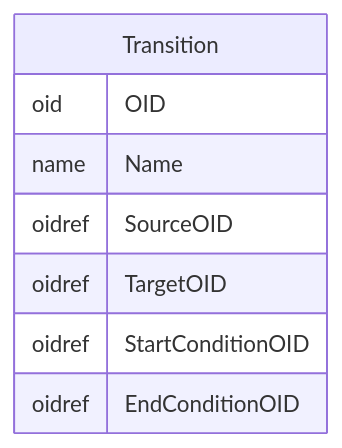
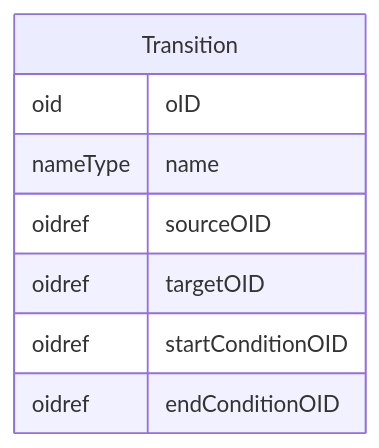
The diagram in docs/Transition.md (cdisc-org/DataExchange-ODM-LinkML), drawn with Mermaid before and after one commit. The commit also changed other lines of this file and 759 other files, not shown here.

````diff
--- a/docs/Transition.md
+++ b/docs/Transition.md
@@ -11,14 +11,14 @@
 ```mermaid
 erDiagram
 Transition {
-    oid OID  
-    name Name  
-    oidref SourceOID  
-    oidref TargetOID  
-    oidref StartConditionOID  
-    oidref EndConditionOID  
+    oid oID  
+    nameType name  
+    oidref sourceOID  
+    oidref targetOID  
+    oidref startConditionOID  
+    oidref endConditionOID  
 }
 
 
 
 ```
````
